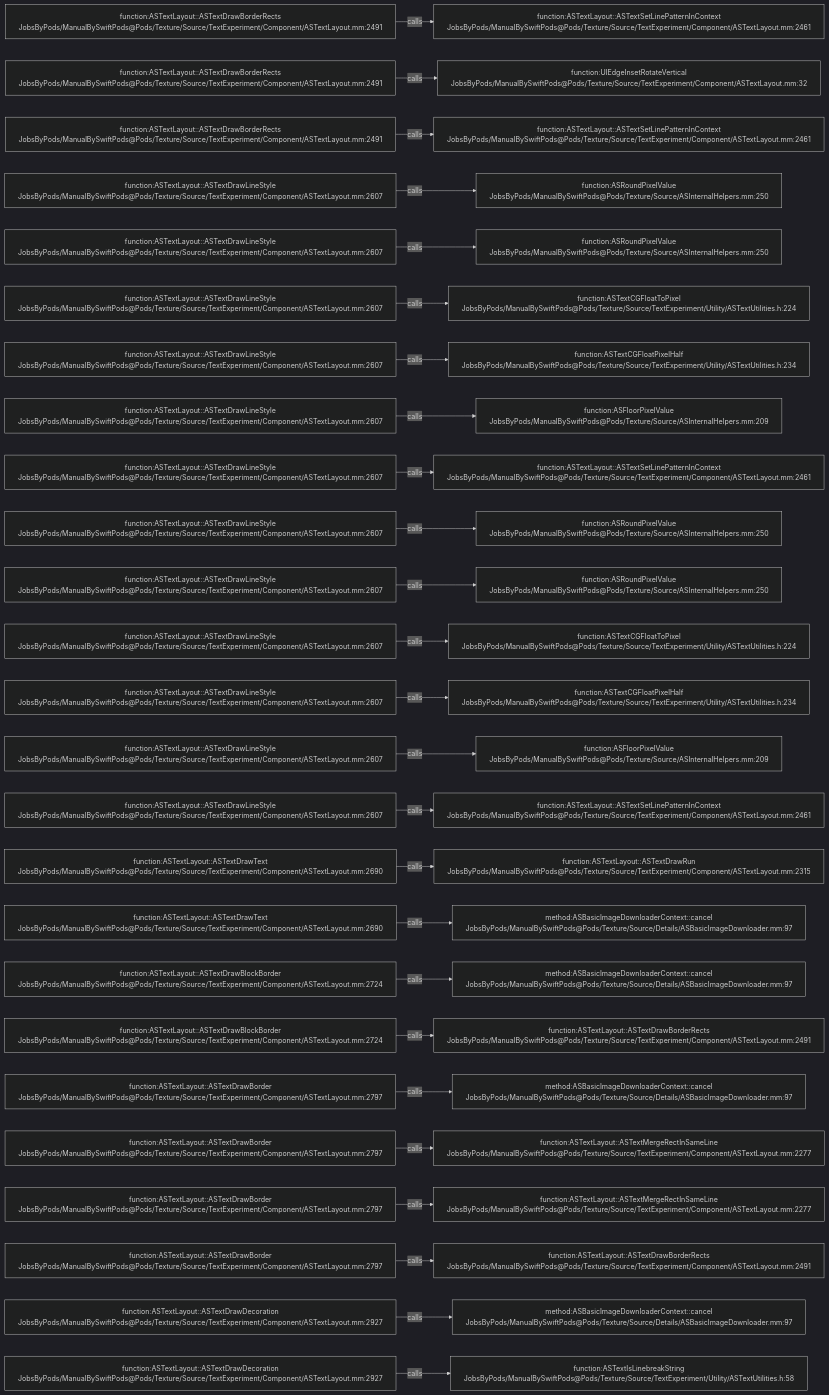
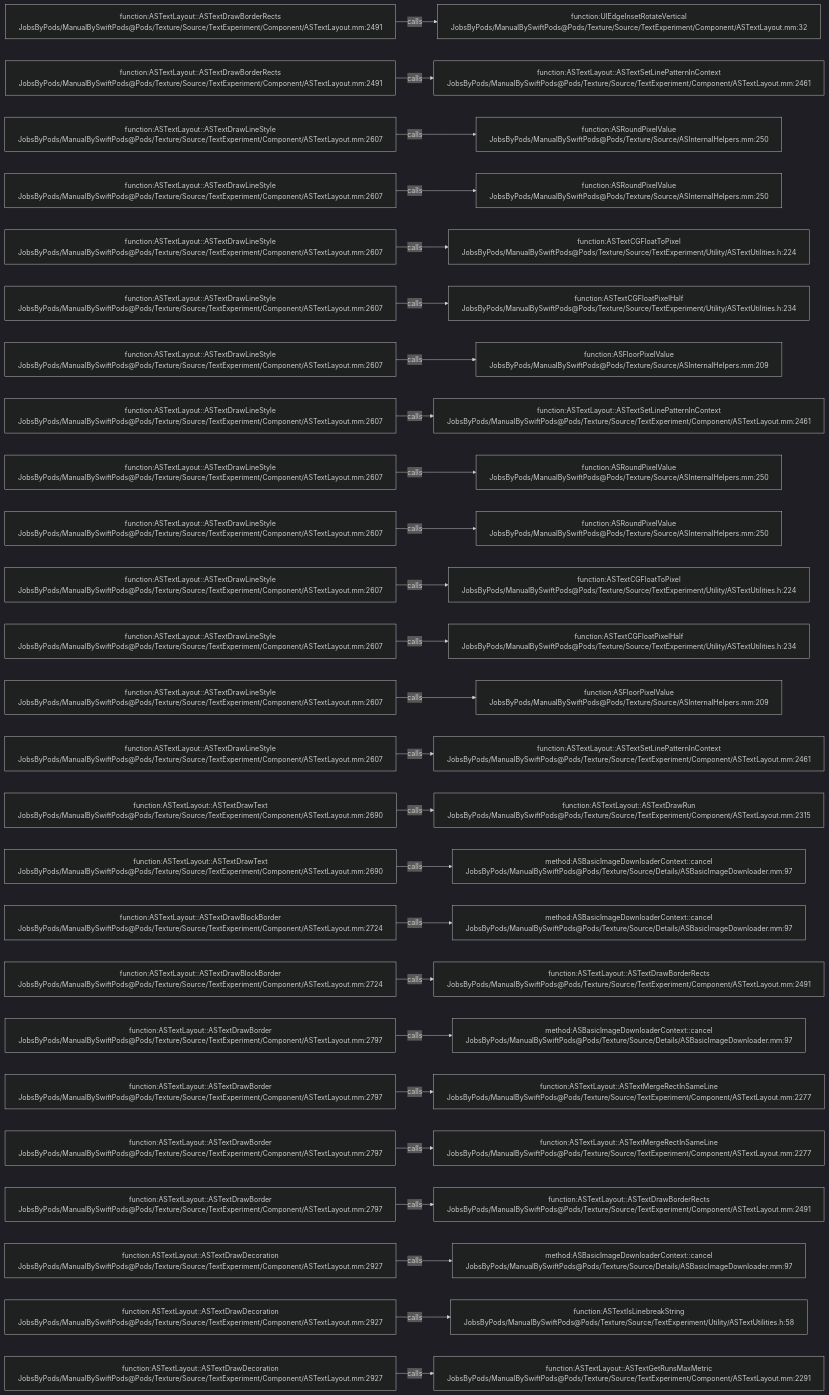
One commit to JobsKits/JobsSwiftBaseConfigDemo changed the diagram in .codegraph/codegraph.md/graphs/calls-135.md. Above: the diagram before and after it, drawn with Mermaid (dark theme). The commit also changed 747 other files, not shown here.

````diff
--- a/.codegraph/codegraph.md/graphs/calls-135.md
+++ b/.codegraph/codegraph.md/graphs/calls-135.md
@@ -13,78 +13,78 @@
 ```mermaid
 flowchart LR
   S1["function:ASTextLayout::ASTextDrawBorderRects<br/>JobsByPods/ManualBySwiftPods@Pods/Texture/Source/TextExperiment/Component/ASTextLayout.mm:2491"]
-  T1["function:ASTextLayout::ASTextSetLinePatternInContext<br/>JobsByPods/ManualBySwiftPods@Pods/Texture/Source/TextExperiment/Component/ASTextLayout.mm:2461"]
+  T1["function:UIEdgeInsetRotateVertical<br/>JobsByPods/ManualBySwiftPods@Pods/Texture/Source/TextExperiment/Component/ASTextLayout.mm:32"]
   S1 -->|calls| T1
   S2["function:ASTextLayout::ASTextDrawBorderRects<br/>JobsByPods/ManualBySwiftPods@Pods/Texture/Source/TextExperiment/Component/ASTextLayout.mm:2491"]
-  T2["function:UIEdgeInsetRotateVertical<br/>JobsByPods/ManualBySwiftPods@Pods/Texture/Source/TextExperiment/Component/ASTextLayout.mm:32"]
+  T2["function:ASTextLayout::ASTextSetLinePatternInContext<br/>JobsByPods/ManualBySwiftPods@Pods/Texture/Source/TextExperiment/Component/ASTextLayout.mm:2461"]
   S2 -->|calls| T2
-  S3["function:ASTextLayout::ASTextDrawBorderRects<br/>JobsByPods/ManualBySwiftPods@Pods/Texture/Source/TextExperiment/Component/ASTextLayout.mm:2491"]
-  T3["function:ASTextLayout::ASTextSetLinePatternInContext<br/>JobsByPods/ManualBySwiftPods@Pods/Texture/Source/TextExperiment/Component/ASTextLayout.mm:2461"]
+  S3["function:ASTextLayout::ASTextDrawLineStyle<br/>JobsByPods/ManualBySwiftPods@Pods/Texture/Source/TextExperiment/Component/ASTextLayout.mm:2607"]
+  T3["function:ASRoundPixelValue<br/>JobsByPods/ManualBySwiftPods@Pods/Texture/Source/ASInternalHelpers.mm:250"]
   S3 -->|calls| T3
   S4["function:ASTextLayout::ASTextDrawLineStyle<br/>JobsByPods/ManualBySwiftPods@Pods/Texture/Source/TextExperiment/Component/ASTextLayout.mm:2607"]
   T4["function:ASRoundPixelValue<br/>JobsByPods/ManualBySwiftPods@Pods/Texture/Source/ASInternalHelpers.mm:250"]
   S4 -->|calls| T4
   S5["function:ASTextLayout::ASTextDrawLineStyle<br/>JobsByPods/ManualBySwiftPods@Pods/Texture/Source/TextExperiment/Component/ASTextLayout.mm:2607"]
-  T5["function:ASRoundPixelValue<br/>JobsByPods/ManualBySwiftPods@Pods/Texture/Source/ASInternalHelpers.mm:250"]
+  T5["function:ASTextCGFloatToPixel<br/>JobsByPods/ManualBySwiftPods@Pods/Texture/Source/TextExperiment/Utility/ASTextUtilities.h:224"]
   S5 -->|calls| T5
   S6["function:ASTextLayout::ASTextDrawLineStyle<br/>JobsByPods/ManualBySwiftPods@Pods/Texture/Source/TextExperiment/Component/ASTextLayout.mm:2607"]
-  T6["function:ASTextCGFloatToPixel<br/>JobsByPods/ManualBySwiftPods@Pods/Texture/Source/TextExperiment/Utility/ASTextUtilities.h:224"]
+  T6["function:ASTextCGFloatPixelHalf<br/>JobsByPods/ManualBySwiftPods@Pods/Texture/Source/TextExperiment/Utility/ASTextUtilities.h:234"]
   S6 -->|calls| T6
   S7["function:ASTextLayout::ASTextDrawLineStyle<br/>JobsByPods/ManualBySwiftPods@Pods/Texture/Source/TextExperiment/Component/ASTextLayout.mm:2607"]
-  T7["function:ASTextCGFloatPixelHalf<br/>JobsByPods/ManualBySwiftPods@Pods/Texture/Source/TextExperiment/Utility/ASTextUtilities.h:234"]
+  T7["function:ASFloorPixelValue<br/>JobsByPods/ManualBySwiftPods@Pods/Texture/Source/ASInternalHelpers.mm:209"]
   S7 -->|calls| T7
   S8["function:ASTextLayout::ASTextDrawLineStyle<br/>JobsByPods/ManualBySwiftPods@Pods/Texture/Source/TextExperiment/Component/ASTextLayout.mm:2607"]
-  T8["function:ASFloorPixelValue<br/>JobsByPods/ManualBySwiftPods@Pods/Texture/Source/ASInternalHelpers.mm:209"]
+  T8["function:ASTextLayout::ASTextSetLinePatternInContext<br/>JobsByPods/ManualBySwiftPods@Pods/Texture/Source/TextExperiment/Component/ASTextLayout.mm:2461"]
   S8 -->|calls| T8
   S9["function:ASTextLayout::ASTextDrawLineStyle<br/>JobsByPods/ManualBySwiftPods@Pods/Texture/Source/TextExperiment/Component/ASTextLayout.mm:2607"]
-  T9["function:ASTextLayout::ASTextSetLinePatternInContext<br/>JobsByPods/ManualBySwiftPods@Pods/Texture/Source/TextExperiment/Component/ASTextLayout.mm:2461"]
+  T9["function:ASRoundPixelValue<br/>JobsByPods/ManualBySwiftPods@Pods/Texture/Source/ASInternalHelpers.mm:250"]
   S9 -->|calls| T9
   S10["function:ASTextLayout::ASTextDrawLineStyle<br/>JobsByPods/ManualBySwiftPods@Pods/Texture/Source/TextExperiment/Component/ASTextLayout.mm:2607"]
   T10["function:ASRoundPixelValue<br/>JobsByPods/ManualBySwiftPods@Pods/Texture/Source/ASInternalHelpers.mm:250"]
   S10 -->|calls| T10
   S11["function:ASTextLayout::ASTextDrawLineStyle<br/>JobsByPods/ManualBySwiftPods@Pods/Texture/Source/TextExperiment/Component/ASTextLayout.mm:2607"]
-  T11["function:ASRoundPixelValue<br/>JobsByPods/ManualBySwiftPods@Pods/Texture/Source/ASInternalHelpers.mm:250"]
+  T11["function:ASTextCGFloatToPixel<br/>JobsByPods/ManualBySwiftPods@Pods/Texture/Source/TextExperiment/Utility/ASTextUtilities.h:224"]
   S11 -->|calls| T11
   S12["function:ASTextLayout::ASTextDrawLineStyle<br/>JobsByPods/ManualBySwiftPods@Pods/Texture/Source/TextExperiment/Component/ASTextLayout.mm:2607"]
-  T12["function:ASTextCGFloatToPixel<br/>JobsByPods/ManualBySwiftPods@Pods/Texture/Source/TextExperiment/Utility/ASTextUtilities.h:224"]
+  T12["function:ASTextCGFloatPixelHalf<br/>JobsByPods/ManualBySwiftPods@Pods/Texture/Source/TextExperiment/Utility/ASTextUtilities.h:234"]
   S12 -->|calls| T12
   S13["function:ASTextLayout::ASTextDrawLineStyle<br/>JobsByPods/ManualBySwiftPods@Pods/Texture/Source/TextExperiment/Component/ASTextLayout.mm:2607"]
-  T13["function:ASTextCGFloatPixelHalf<br/>JobsByPods/ManualBySwiftPods@Pods/Texture/Source/TextExperiment/Utility/ASTextUtilities.h:234"]
+  T13["function:ASFloorPixelValue<br/>JobsByPods/ManualBySwiftPods@Pods/Texture/Source/ASInternalHelpers.mm:209"]
   S13 -->|calls| T13
   S14["function:ASTextLayout::ASTextDrawLineStyle<br/>JobsByPods/ManualBySwiftPods@Pods/Texture/Source/TextExperiment/Component/ASTextLayout.mm:2607"]
-  T14["function:ASFloorPixelValue<br/>JobsByPods/ManualBySwiftPods@Pods/Texture/Source/ASInternalHelpers.mm:209"]
+  T14["function:ASTextLayout::ASTextSetLinePatternInContext<br/>JobsByPods/ManualBySwiftPods@Pods/Texture/Source/TextExperiment/Component/ASTextLayout.mm:2461"]
   S14 -->|calls| T14
-  S15["function:ASTextLayout::ASTextDrawLineStyle<br/>JobsByPods/ManualBySwiftPods@Pods/Texture/Source/TextExperiment/Component/ASTextLayout.mm:2607"]
-  T15["function:ASTextLayout::ASTextSetLinePatternInContext<br/>JobsByPods/ManualBySwiftPods@Pods/Texture/Source/TextExperiment/Component/ASTextLayout.mm:2461"]
+  S15["function:ASTextLayout::ASTextDrawText<br/>JobsByPods/ManualBySwiftPods@Pods/Texture/Source/TextExperiment/Component/ASTextLayout.mm:2690"]
+  T15["function:ASTextLayout::ASTextDrawRun<br/>JobsByPods/ManualBySwiftPods@Pods/Texture/Source/TextExperiment/Component/ASTextLayout.mm:2315"]
   S15 -->|calls| T15
   S16["function:ASTextLayout::ASTextDrawText<br/>JobsByPods/ManualBySwiftPods@Pods/Texture/Source/TextExperiment/Component/ASTextLayout.mm:2690"]
-  T16["function:ASTextLayout::ASTextDrawRun<br/>JobsByPods/ManualBySwiftPods@Pods/Texture/Source/TextExperiment/Component/ASTextLayout.mm:2315"]
+  T16["method:ASBasicImageDownloaderContext::cancel<br/>JobsByPods/ManualBySwiftPods@Pods/Texture/Source/Details/ASBasicImageDownloader.mm:97"]
   S16 -->|calls| T16
-  S17["function:ASTextLayout::ASTextDrawText<br/>JobsByPods/ManualBySwiftPods@Pods/Texture/Source/TextExperiment/Component/ASTextLayout.mm:2690"]
+  S17["function:ASTextLayout::ASTextDrawBlockBorder<br/>JobsByPods/ManualBySwiftPods@Pods/Texture/Source/TextExperiment/Component/ASTextLayout.mm:2724"]
   T17["method:ASBasicImageDownloaderContext::cancel<br/>JobsByPods/ManualBySwiftPods@Pods/Texture/Source/Details/ASBasicImageDownloader.mm:97"]
   S17 -->|calls| T17
   S18["function:ASTextLayout::ASTextDrawBlockBorder<br/>JobsByPods/ManualBySwiftPods@Pods/Texture/Source/TextExperiment/Component/ASTextLayout.mm:2724"]
-  T18["method:ASBasicImageDownloaderContext::cancel<br/>JobsByPods/ManualBySwiftPods@Pods/Texture/Source/Details/ASBasicImageDownloader.mm:97"]
+  T18["function:ASTextLayout::ASTextDrawBorderRects<br/>JobsByPods/ManualBySwiftPods@Pods/Texture/Source/TextExperiment/Component/ASTextLayout.mm:2491"]
   S18 -->|calls| T18
-  S19["function:ASTextLayout::ASTextDrawBlockBorder<br/>JobsByPods/ManualBySwiftPods@Pods/Texture/Source/TextExperiment/Component/ASTextLayout.mm:2724"]
-  T19["function:ASTextLayout::ASTextDrawBorderRects<br/>JobsByPods/ManualBySwiftPods@Pods/Texture/Source/TextExperiment/Component/ASTextLayout.mm:2491"]
+  S19["function:ASTextLayout::ASTextDrawBorder<br/>JobsByPods/ManualBySwiftPods@Pods/Texture/Source/TextExperiment/Component/ASTextLayout.mm:2797"]
+  T19["method:ASBasicImageDownloaderContext::cancel<br/>JobsByPods/ManualBySwiftPods@Pods/Texture/Source/Details/ASBasicImageDownloader.mm:97"]
   S19 -->|calls| T19
   S20["function:ASTextLayout::ASTextDrawBorder<br/>JobsByPods/ManualBySwiftPods@Pods/Texture/Source/TextExperiment/Component/ASTextLayout.mm:2797"]
-  T20["method:ASBasicImageDownloaderContext::cancel<br/>JobsByPods/ManualBySwiftPods@Pods/Texture/Source/Details/ASBasicImageDownloader.mm:97"]
+  T20["function:ASTextLayout::ASTextMergeRectInSameLine<br/>JobsByPods/ManualBySwiftPods@Pods/Texture/Source/TextExperiment/Component/ASTextLayout.mm:2277"]
   S20 -->|calls| T20
   S21["function:ASTextLayout::ASTextDrawBorder<br/>JobsByPods/ManualBySwiftPods@Pods/Texture/Source/TextExperiment/Component/ASTextLayout.mm:2797"]
   T21["function:ASTextLayout::ASTextMergeRectInSameLine<br/>JobsByPods/ManualBySwiftPods@Pods/Texture/Source/TextExperiment/Component/ASTextLayout.mm:2277"]
   S21 -->|calls| T21
   S22["function:ASTextLayout::ASTextDrawBorder<br/>JobsByPods/ManualBySwiftPods@Pods/Texture/Source/TextExperiment/Component/ASTextLayout.mm:2797"]
-  T22["function:ASTextLayout::ASTextMergeRectInSameLine<br/>JobsByPods/ManualBySwiftPods@Pods/Texture/Source/TextExperiment/Component/ASTextLayout.mm:2277"]
+  T22["function:ASTextLayout::ASTextDrawBorderRects<br/>JobsByPods/ManualBySwiftPods@Pods/Texture/Source/TextExperiment/Component/ASTextLayout.mm:2491"]
   S22 -->|calls| T22
-  S23["function:ASTextLayout::ASTextDrawBorder<br/>JobsByPods/ManualBySwiftPods@Pods/Texture/Source/TextExperiment/Component/ASTextLayout.mm:2797"]
-  T23["function:ASTextLayout::ASTextDrawBorderRects<br/>JobsByPods/ManualBySwiftPods@Pods/Texture/Source/TextExperiment/Component/ASTextLayout.mm:2491"]
+  S23["function:ASTextLayout::ASTextDrawDecoration<br/>JobsByPods/ManualBySwiftPods@Pods/Texture/Source/TextExperiment/Component/ASTextLayout.mm:2927"]
+  T23["method:ASBasicImageDownloaderContext::cancel<br/>JobsByPods/ManualBySwiftPods@Pods/Texture/Source/Details/ASBasicImageDownloader.mm:97"]
   S23 -->|calls| T23
   S24["function:ASTextLayout::ASTextDrawDecoration<br/>JobsByPods/ManualBySwiftPods@Pods/Texture/Source/TextExperiment/Component/ASTextLayout.mm:2927"]
-  T24["method:ASBasicImageDownloaderContext::cancel<br/>JobsByPods/ManualBySwiftPods@Pods/Texture/Source/Details/ASBasicImageDownloader.mm:97"]
+  T24["function:ASTextIsLinebreakString<br/>JobsByPods/ManualBySwiftPods@Pods/Texture/Source/TextExperiment/Utility/ASTextUtilities.h:58"]
   S24 -->|calls| T24
   S25["function:ASTextLayout::ASTextDrawDecoration<br/>JobsByPods/ManualBySwiftPods@Pods/Texture/Source/TextExperiment/Component/ASTextLayout.mm:2927"]
-  T25["function:ASTextIsLinebreakString<br/>JobsByPods/ManualBySwiftPods@Pods/Texture/Source/TextExperiment/Utility/ASTextUtilities.h:58"]
+  T25["function:ASTextLayout::ASTextGetRunsMaxMetric<br/>JobsByPods/ManualBySwiftPods@Pods/Texture/Source/TextExperiment/Component/ASTextLayout.mm:2291"]
   S25 -->|calls| T25
 ```
````
